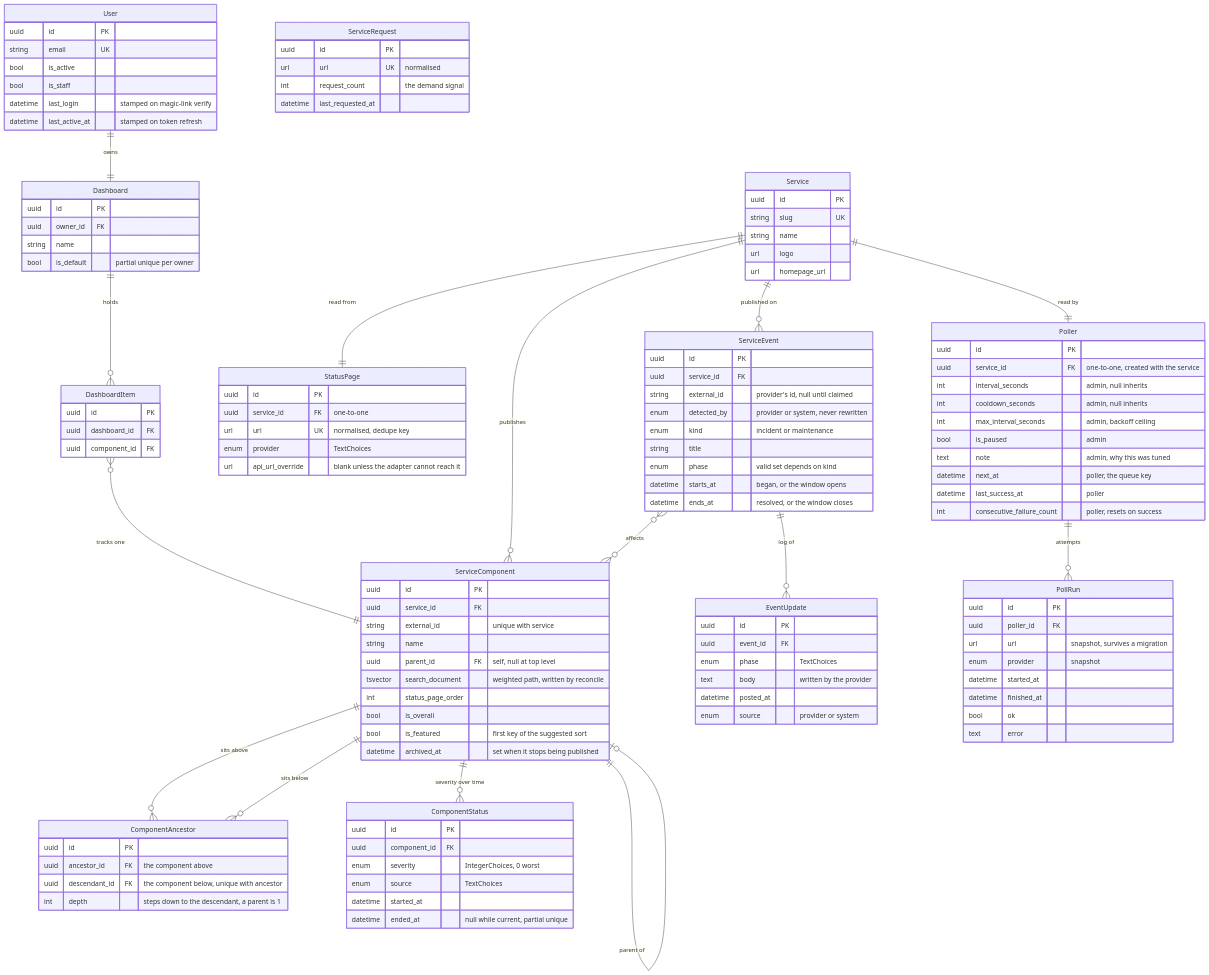
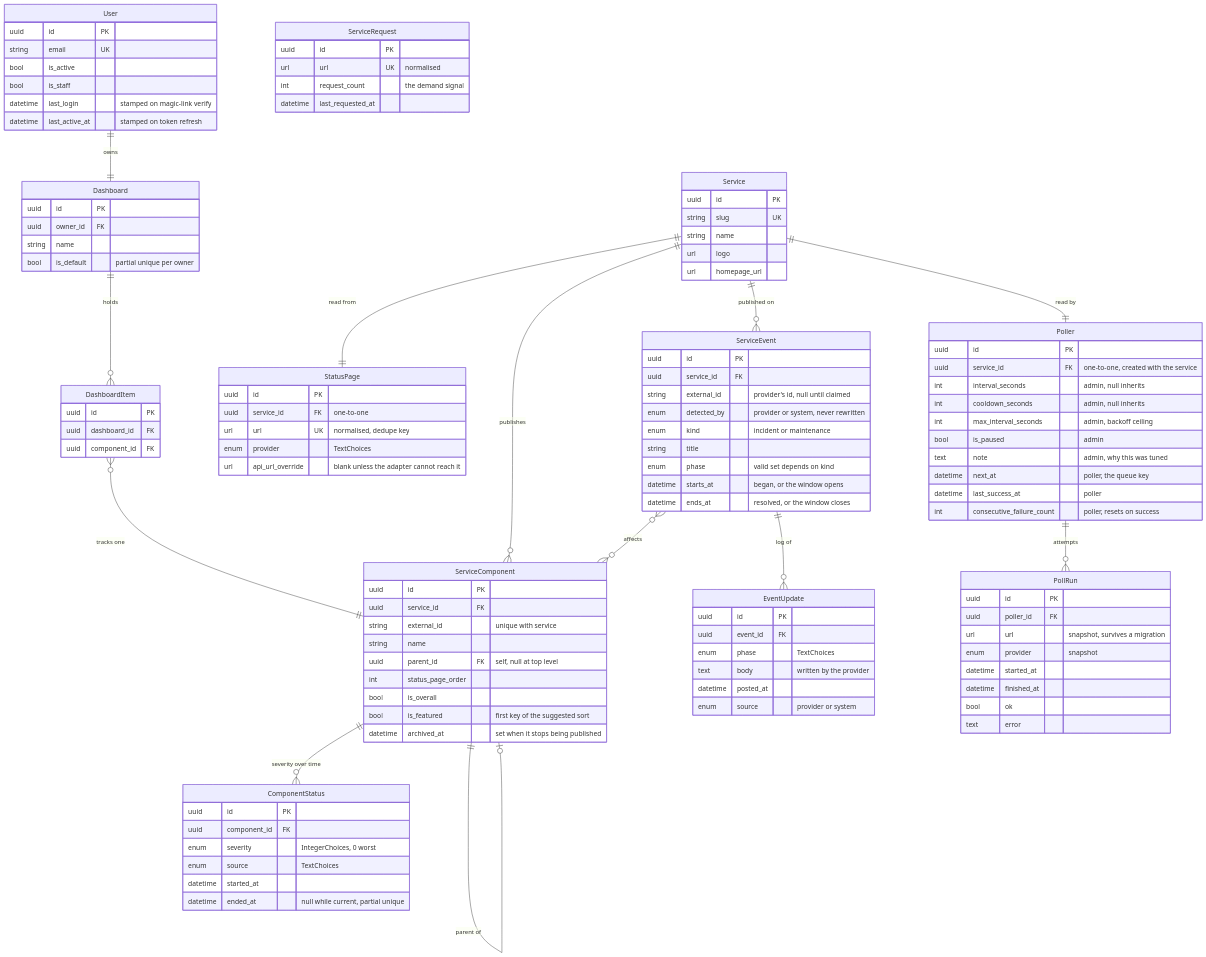
Before and after one commit to thalida/statusboard: the second of 2 diagrams in docs/specs/2026-08-23-statusboard-design.md, drawn with Mermaid. The commit also changed other lines of this file and 1 other file, not shown here.

First line of the commit message:
docs: the specs argue for computed ancestry and substring search

```diff
--- a/docs/specs/2026-08-23-statusboard-design.md
+++ b/docs/specs/2026-08-23-statusboard-design.md
@@ -155,17 +154,10 @@
         string external_id "unique with service"
         string name
         uuid parent_id FK "self, null at top level"
-        tsvector search_document "weighted path, written by reconcile"
         int status_page_order
         bool is_overall
         bool is_featured "first key of the suggested sort"
         datetime archived_at "set when it stops being published"
-    }
-    ComponentAncestor {
-        uuid id PK
-        uuid ancestor_id FK "the component above"
-        uuid descendant_id FK "the component below, unique with ancestor"
-        int depth "steps down to the descendant, a parent is 1"
     }
     ComponentStatus {
         uuid id PK
@@ -218,8 +210,6 @@
     Service ||--|| Poller : "read by"
     Service ||--o{ ServiceComponent : publishes
     ServiceComponent ||--o| ServiceComponent : "parent of"
-    ServiceComponent ||--o{ ComponentAncestor : "sits above"
-    ServiceComponent ||--o{ ComponentAncestor : "sits below"
     ServiceComponent ||--o{ ComponentStatus : "severity over time"
     Poller ||--o{ PollRun : "attempts"
     Service ||--o{ ServiceEvent : "published on"
```
